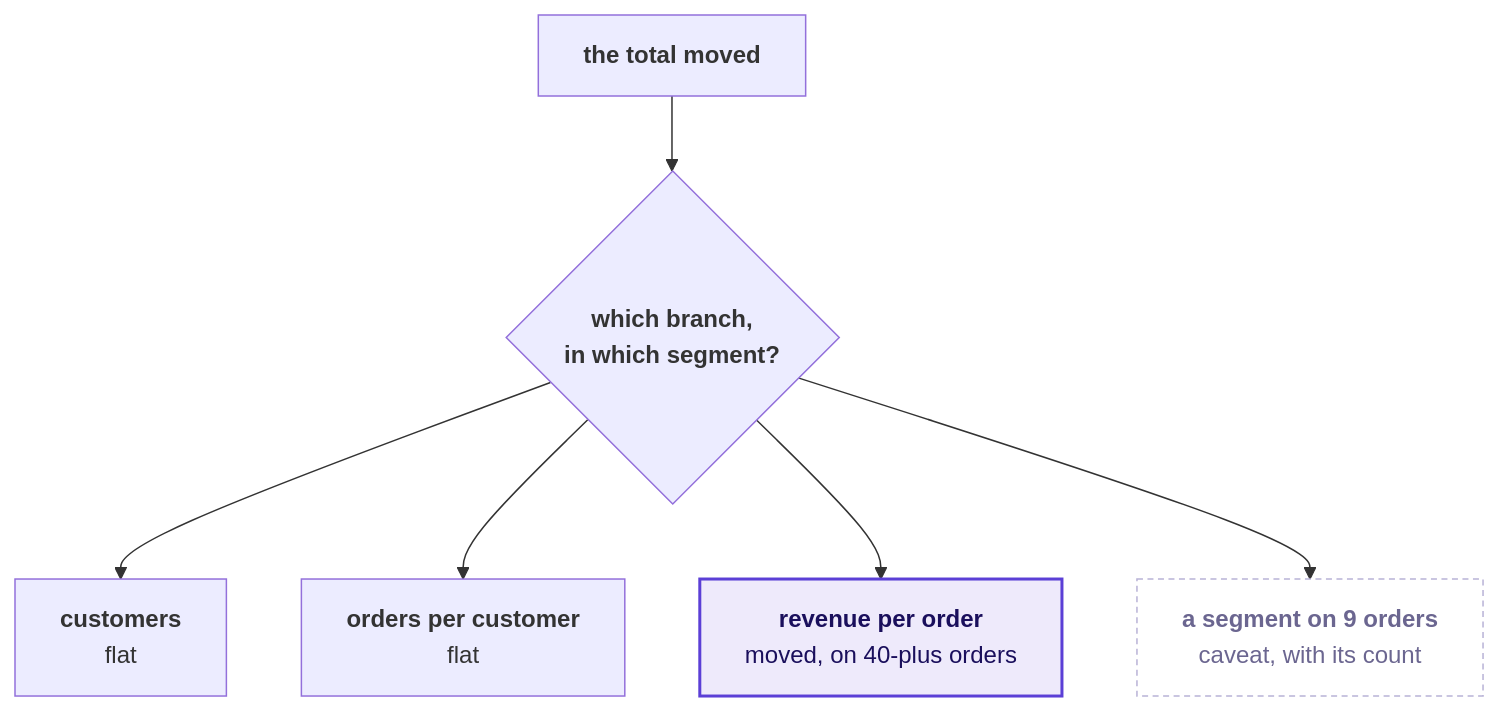
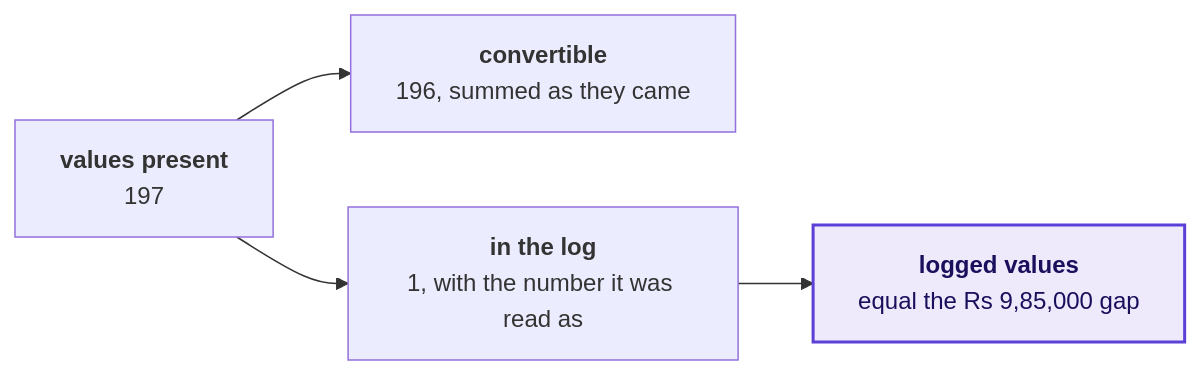
The seventh of 9 diagrams in content/W01/D5/slides/C2_W01_D05_debrief_STUDENT.md (fde-academy-lab/c2-content-factory), drawn with Mermaid before and after one commit. The commit also changed other lines of this file and 4 other files, not shown here.

````diff
--- a/content/W01/D5/slides/C2_W01_D05_debrief_STUDENT.md
+++ b/content/W01/D5/slides/C2_W01_D05_debrief_STUDENT.md
@@ -288,12 +405,8 @@
 ```mermaid
-flowchart TB
-    T["<b>the total moved</b>"] --> Q{"<b>which branch,<br/>in which segment?</b>"}
-    Q --> C["<b>customers</b><br/>flat"]
-    Q --> F["<b>orders per customer</b><br/>flat"]
-    Q --> B["<b>revenue per order</b><br/>moved, on 40-plus orders"]
-    Q --> S["<b>a segment on 9 orders</b><br/>caveat, with its count"]
+flowchart LR
+    P["<b>values present</b><br/>197"] --> C["<b>convertible</b><br/>196, summed as they came"]
+    P --> L["<b>in the log</b><br/>1, with the number it was read as"]
+    L --> G["<b>logged values</b><br/>equal the Rs 9,85,000 gap"]
     classDef known fill:#EEEAFB,stroke:#5B3FD6,color:#1A0F5C,stroke-width:2px
-    classDef unknown fill:#FFFFFF,stroke:#B8B2D6,color:#6B6690,stroke-dasharray:4 3
-    class B known
-    class S unknown
+    class G known
 ```
````
